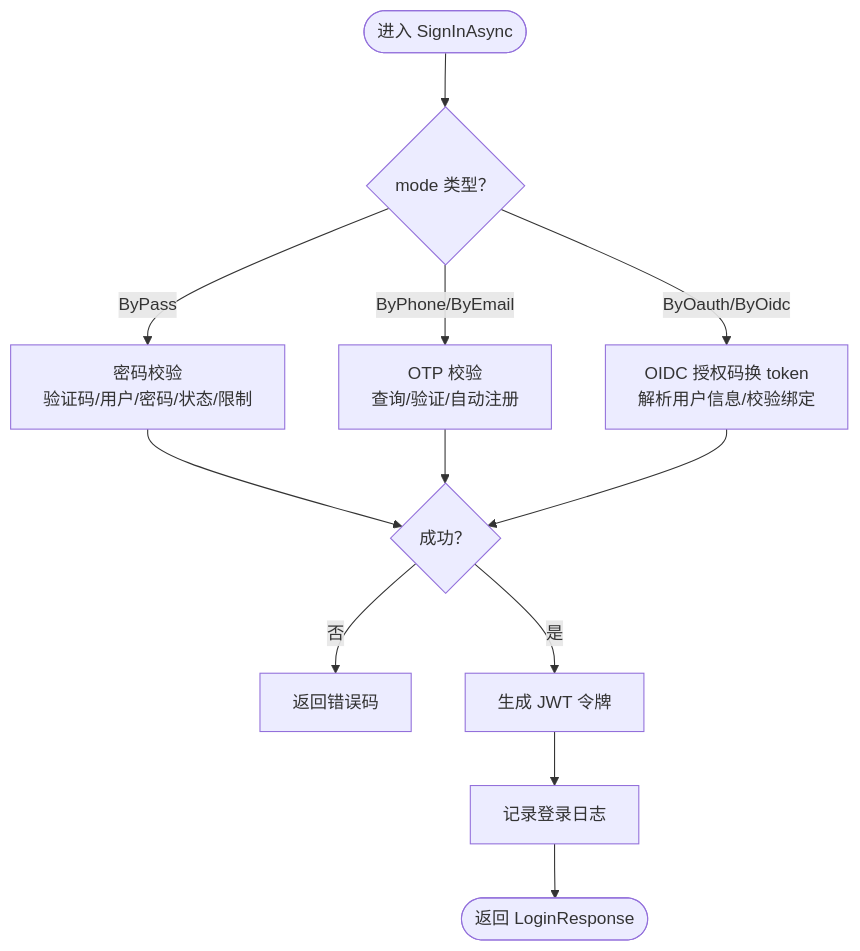
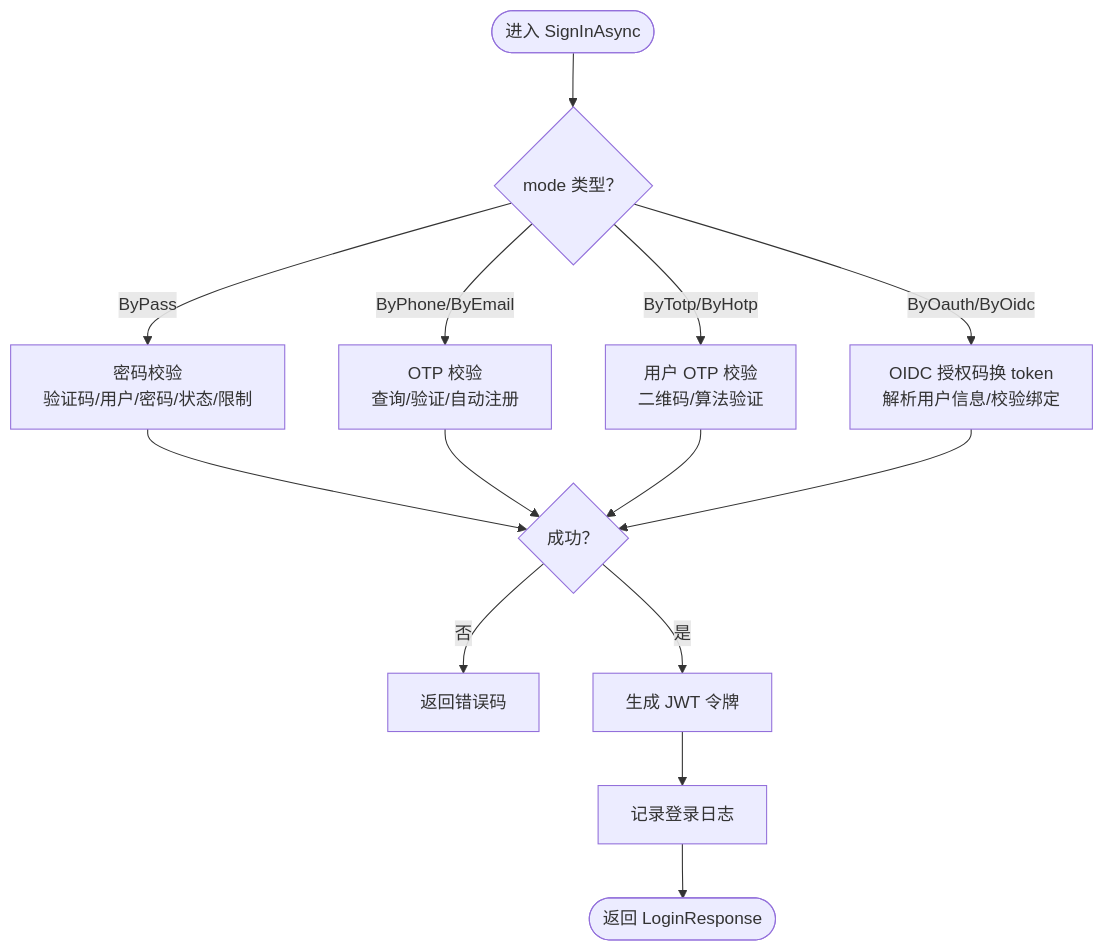
The third of 7 diagrams in .qoder/repowiki/zh/content/用户认证系统/用户认证系统.md (leadiot/Scm.Net), drawn with Mermaid before and after one commit. The commit also changed other lines of this file and 126 other files, not shown here.

````diff
--- a/.qoder/repowiki/zh/content/用户认证系统/用户认证系统.md
+++ b/.qoder/repowiki/zh/content/用户认证系统/用户认证系统.md
@@ -163,14 +207,16 @@
 ```mermaid
 flowchart TD
 Start(["进入 SignInAsync"]) --> Mode{"mode 类型？"}
 Mode --> |ByPass| Pwd["密码校验<br/>验证码/用户/密码/状态/限制"]
 Mode --> |ByPhone/ByEmail| Otp["OTP 校验<br/>查询/验证/自动注册"]
+Mode --> |ByTotp/ByHotp| UserOtp["用户 OTP 校验<br/>二维码/算法验证"]
 Mode --> |ByOauth/ByOidc| Oidc["OIDC 授权码换 token<br/>解析用户信息/校验绑定"]
 Pwd --> Ok{"成功？"}
 Otp --> Ok
+UserOtp --> Ok
 Oidc --> Ok
 Ok --> |否| Err["返回错误码"]
 Ok --> |是| Jwt["生成 JWT 令牌"]
 Jwt --> Log["记录登录日志"]
 Log --> Done(["返回 LoginResponse"])
 ```
````
